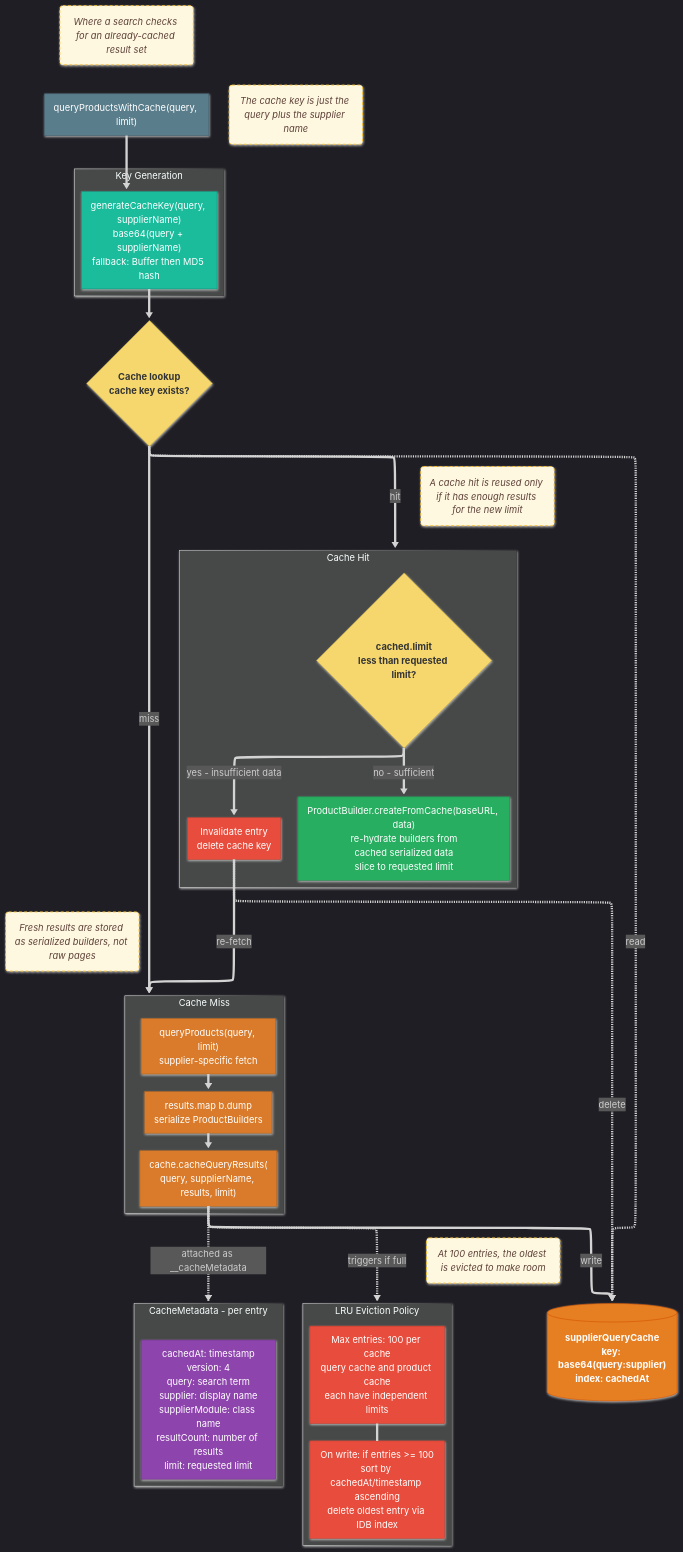
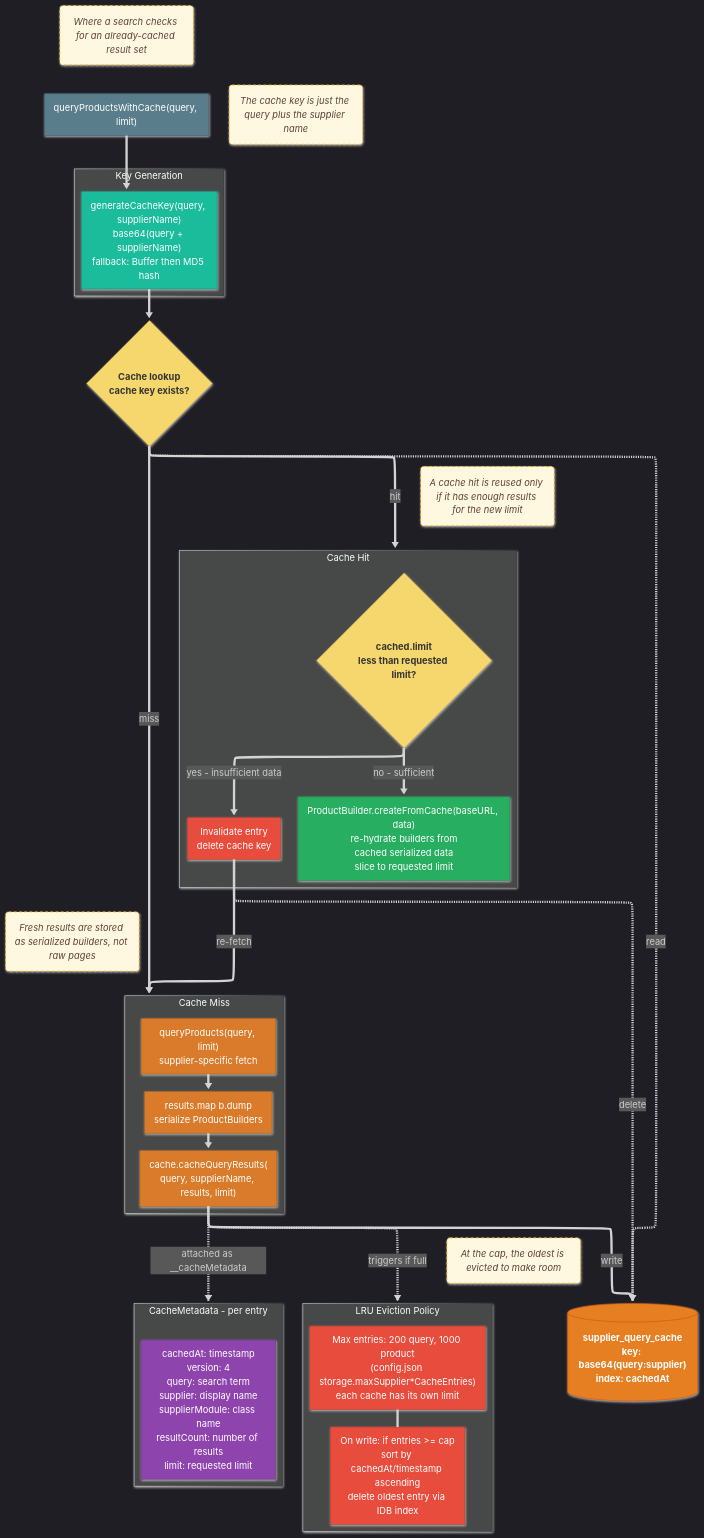
One commit to jhyland87/chem-pal changed the second of 5 diagrams in pages/diagrams/search-cache-flow.md. Above: the diagram before and after it, drawn with Mermaid. The commit also changed other lines of this file and 6 other files, not shown here.

```diff
--- a/pages/diagrams/search-cache-flow.md
+++ b/pages/diagrams/search-cache-flow.md
@@ -125,15 +125,15 @@
 QLOOKUP -->|"miss"| CacheMiss1
 INVALIDATE -->|"re-fetch"| CacheMiss1
 
-QCS[("supplierQueryCache\nkey: base64(query:supplier)\nindex: cachedAt")]
+QCS[("supplier_query_cache\nkey: base64(query:supplier)\nindex: cachedAt")]
 SAVE1 -->|"write"| QCS
 QLOOKUP -.->|"read"| QCS
 INVALIDATE -.->|"delete"| QCS
 
 subgraph LRU["LRU Eviction Policy"]
 direction TB
-MAX["Max entries: 100 per cache\nquery cache and product cache\neach have independent limits"]
-EVICT["On write: if entries >= 100\nsort by cachedAt/timestamp ascending\ndelete oldest entry via IDB index"]
+MAX["Max entries: 200 query, 1000 product\n(config.json storage.maxSupplier*CacheEntries)\neach cache has its own limit"]
+EVICT["On write: if entries >= cap\nsort by cachedAt/timestamp ascending\ndelete oldest entry via IDB index"]
 MAX --- EVICT
 end
 SAVE1 -.->|"triggers if full"| LRU
@@ -160,7 +160,7 @@
 D_GCK("The cache key is just the query plus the supplier name")
 D_LIMITCHK("A cache hit is reused only if it has enough results for the new limit")
 D_SAVE1("Fresh results are stored as serialized builders, not raw pages")
-D_LRU("At 100 entries, the oldest is evicted to make room")
+D_LRU("At the cap, the oldest is evicted to make room")
 D_QPC ~~~ QPC
 D_GCK ~~~ GCK
 D_LIMITCHK ~~~ LIMITCHK
```
